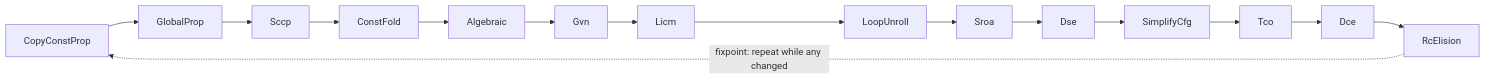
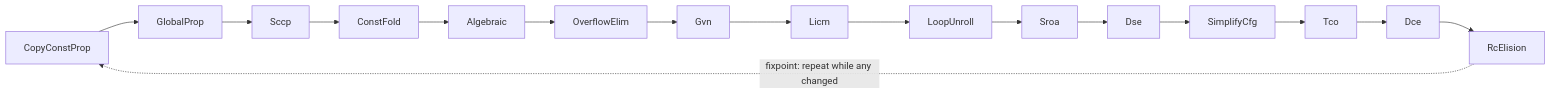
One commit to sps014/dream changed the second of 2 diagrams in docs/internals/05-writing-passes.md. Above: the diagram before and after it, drawn with Mermaid. The commit also changed other lines of this file and 170 other files, not shown here.

````diff
--- a/docs/internals/05-writing-passes.md
+++ b/docs/internals/05-writing-passes.md
@@ -53,6 +53,6 @@
 ```mermaid
 flowchart LR
-    p1[CopyConstProp] --> p2[GlobalProp] --> p3[Sccp] --> p4[ConstFold] --> p5[Algebraic] --> p6[Gvn]
+    p1[CopyConstProp] --> p2[GlobalProp] --> p3[Sccp] --> p4[ConstFold] --> p5[Algebraic] --> p5b[OverflowElim] --> p6[Gvn]
     p6 --> p7[Licm] --> p8[LoopUnroll] --> p9[Sroa] --> p10[Dse] --> p11[SimplifyCfg] --> p12[Tco] --> p13[Dce] --> p14[RcElision]
     p14 -.fixpoint: repeat while any changed.-> p1
 ```
````
